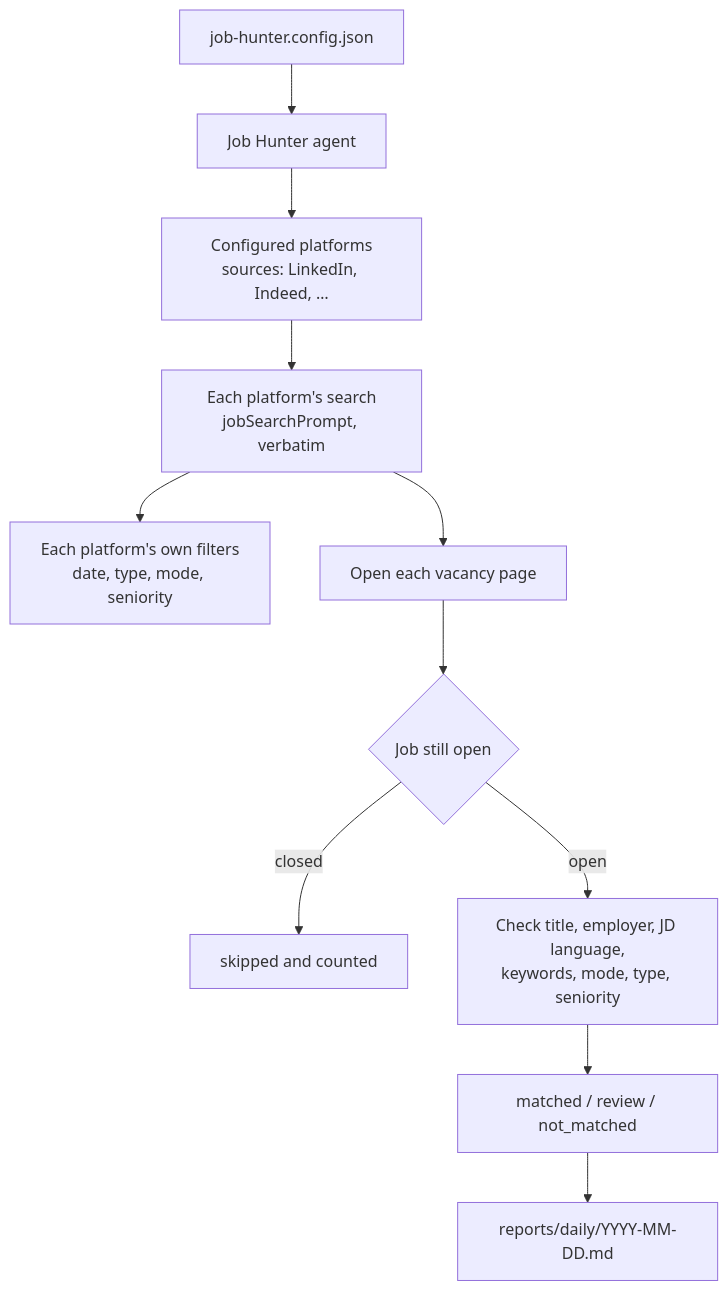
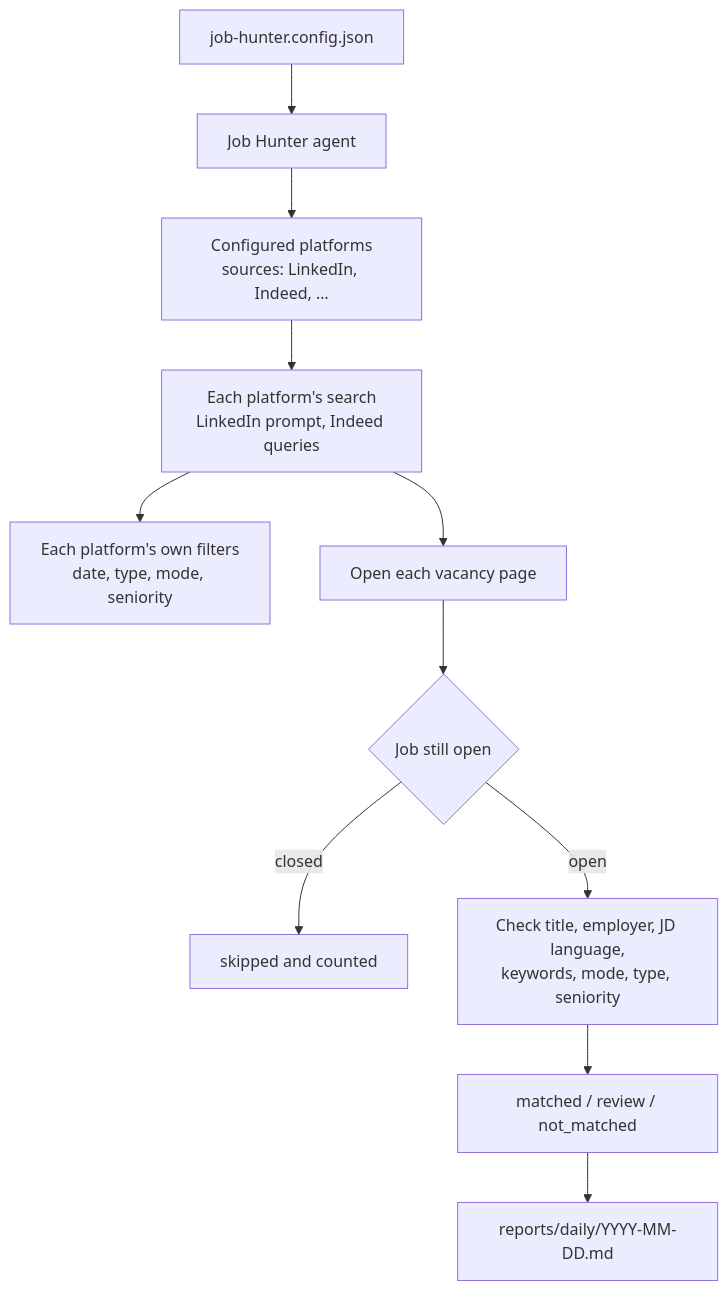
One commit to aoda-zhang/Job-hunter changed the diagram in README.md. Above: the diagram before and after it, drawn with Mermaid. The commit also changed other lines of this file and 24 other files, not shown here.

````diff
--- a/README.md
+++ b/README.md
@@ -22,13 +22,13 @@
 ```mermaid
 flowchart TD
     A[job-hunter.config.json] --> B[Job Hunter agent]
     B --> C[Configured platforms<br/>sources: LinkedIn, Indeed, …]
-    C --> D[Each platform's search<br/>jobSearchPrompt, verbatim]
+    C --> D[Each platform's search<br/>LinkedIn prompt, Indeed queries]
     D --> D2[Each platform's own filters<br/>date, type, mode, seniority]
     D --> E[Open each vacancy page]
     E --> F{Job still open}
     F -->|closed| X[skipped and counted]
     F -->|open| G[Check title, employer, JD language,<br/>keywords, mode, type, seniority]
     G --> H[matched / review / not_matched]
     H --> I[reports/daily/YYYY-MM-DD.md]
 ```
````
